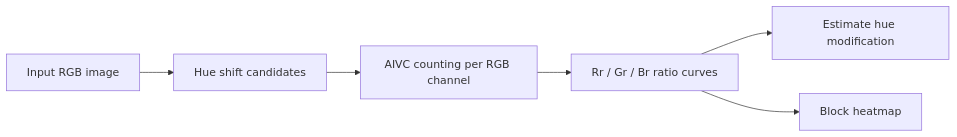
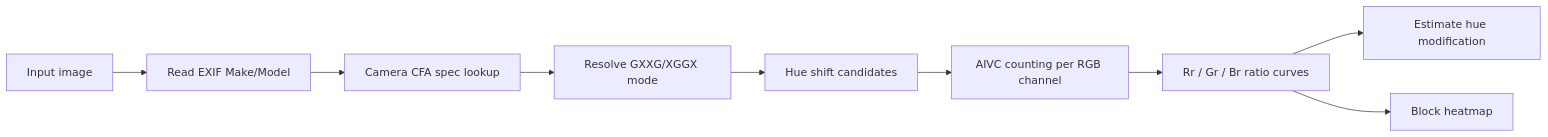
Before and after one commit to CyberHamster500/cfa-hue-modification-lab: the diagram in README.md, drawn with Mermaid. The commit also changed other lines of this file and 7 other files, not shown here.

Commit message:
Add EXIF camera CFA pattern lookup

````diff
--- a/README.md
+++ b/README.md
@@ -60,8 +63,11 @@
 ```mermaid
 flowchart LR
-  A["Input RGB image"] --> B["Hue shift candidates"]
-  B --> C["AIVC counting per RGB channel"]
-  C --> D["Rr / Gr / Br ratio curves"]
-  D --> E["Estimate hue modification"]
-  D --> F["Block heatmap"]
+  A["Input image"] --> B["Read EXIF Make/Model"]
+  B --> C["Camera CFA spec lookup"]
+  C --> D["Resolve GXXG/XGGX mode"]
+  D --> E["Hue shift candidates"]
+  E --> F["AIVC counting per RGB channel"]
+  F --> G["Rr / Gr / Br ratio curves"]
+  G --> H["Estimate hue modification"]
+  G --> I["Block heatmap"]
 ```
````
